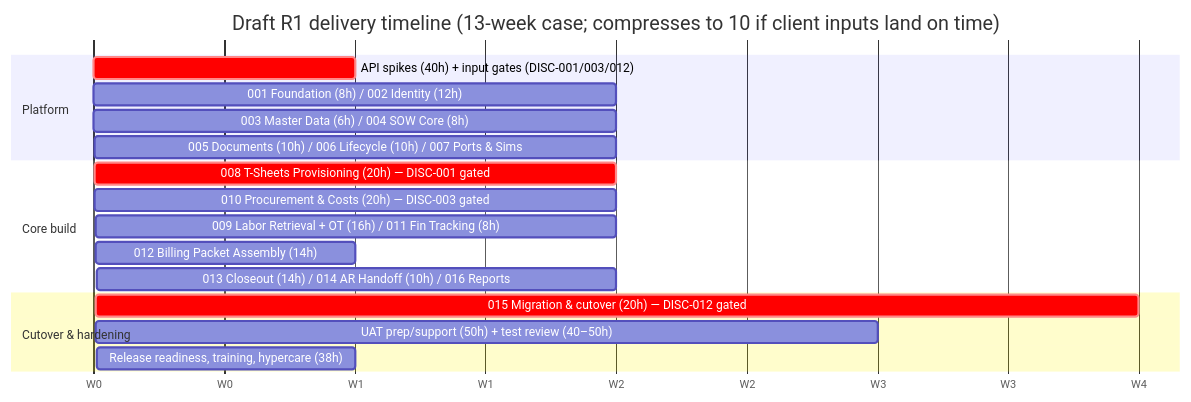
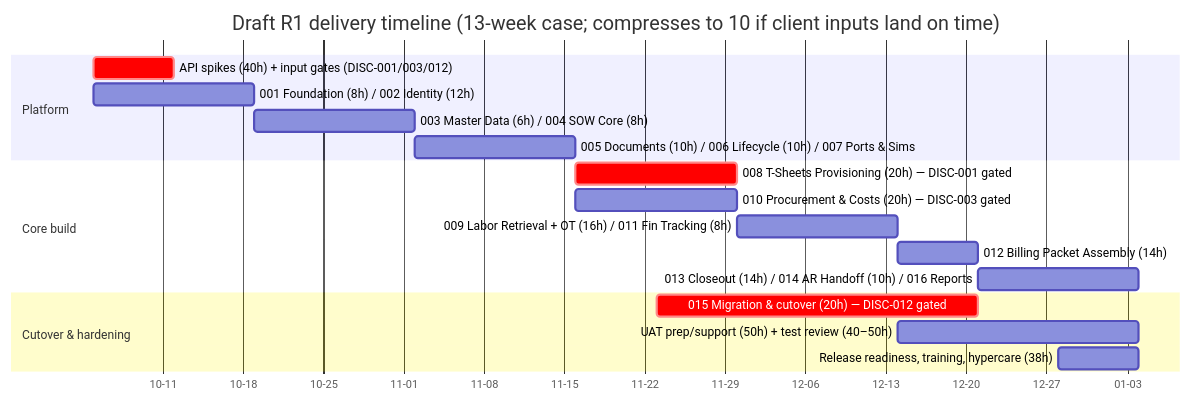
Before and after one commit to kcfike/ice-demo: the second of 2 diagrams in docs/product/release-plan.md, drawn with Mermaid. The commit also changed other lines of this file, not shown here.

````diff
--- a/docs/product/release-plan.md
+++ b/docs/product/release-plan.md
@@ -46,21 +50,21 @@
 ```mermaid
 gantt
     title Draft R1 delivery timeline (13-week case; compresses to 10 if client inputs land on time)
-    dateFormat X
-    axisFormat W%s
+    dateFormat YYYY-MM-DD
+    axisFormat %m-%d
     section Platform
-    API spikes (40h) + input gates (DISC-001/003/012)   :crit, p1, 0, 1
-    001 Foundation (8h) / 002 Identity (12h)            :p2, 0, 2
-    003 Master Data (6h) / 004 SOW Core (8h)            :p3, 2, 2
-    005 Documents (10h) / 006 Lifecycle (10h) / 007 Ports & Sims :p4, 4, 2
+    API spikes (40h) + input gates (DISC-001/003/012)   :crit, p1, 2026-10-05, 1w
+    001 Foundation (8h) / 002 Identity (12h)            :p2, 2026-10-05, 2w
+    003 Master Data (6h) / 004 SOW Core (8h)            :p3, 2026-10-19, 2w
+    005 Documents (10h) / 006 Lifecycle (10h) / 007 Ports & Sims :p4, 2026-11-02, 2w
     section Core build
-    008 T-Sheets Provisioning (20h) — DISC-001 gated    :crit, c1, 6, 2
-    010 Procurement & Costs (20h) — DISC-003 gated      :c2, 6, 2
-    009 Labor Retrieval + OT (16h) / 011 Fin Tracking (8h) :c3, 8, 2
-    012 Billing Packet Assembly (14h)                   :c4, 10, 1
-    013 Closeout (14h) / 014 AR Handoff (10h) / 016 Reports :c5, 11, 2
+    008 T-Sheets Provisioning (20h) — DISC-001 gated    :crit, c1, 2026-11-16, 2w
+    010 Procurement & Costs (20h) — DISC-003 gated      :c2, 2026-11-16, 2w
+    009 Labor Retrieval + OT (16h) / 011 Fin Tracking (8h) :c3, 2026-11-30, 2w
+    012 Billing Packet Assembly (14h)                   :c4, 2026-12-14, 1w
+    013 Closeout (14h) / 014 AR Handoff (10h) / 016 Reports :c5, 2026-12-21, 2w
     section Cutover & hardening
-    015 Migration & cutover (20h) — DISC-012 gated      :crit, m1, 7, 4
-    UAT prep/support (50h) + test review (40–50h)       :m2, 10, 3
-    Release readiness, training, hypercare (38h)        :m3, 12, 1
+    015 Migration & cutover (20h) — DISC-012 gated      :crit, m1, 2026-11-23, 4w
+    UAT prep/support (50h) + test review (40–50h)       :m2, 2026-12-14, 3w
+    Release readiness, training, hypercare (38h)        :m3, 2026-12-28, 1w
 ```
````
